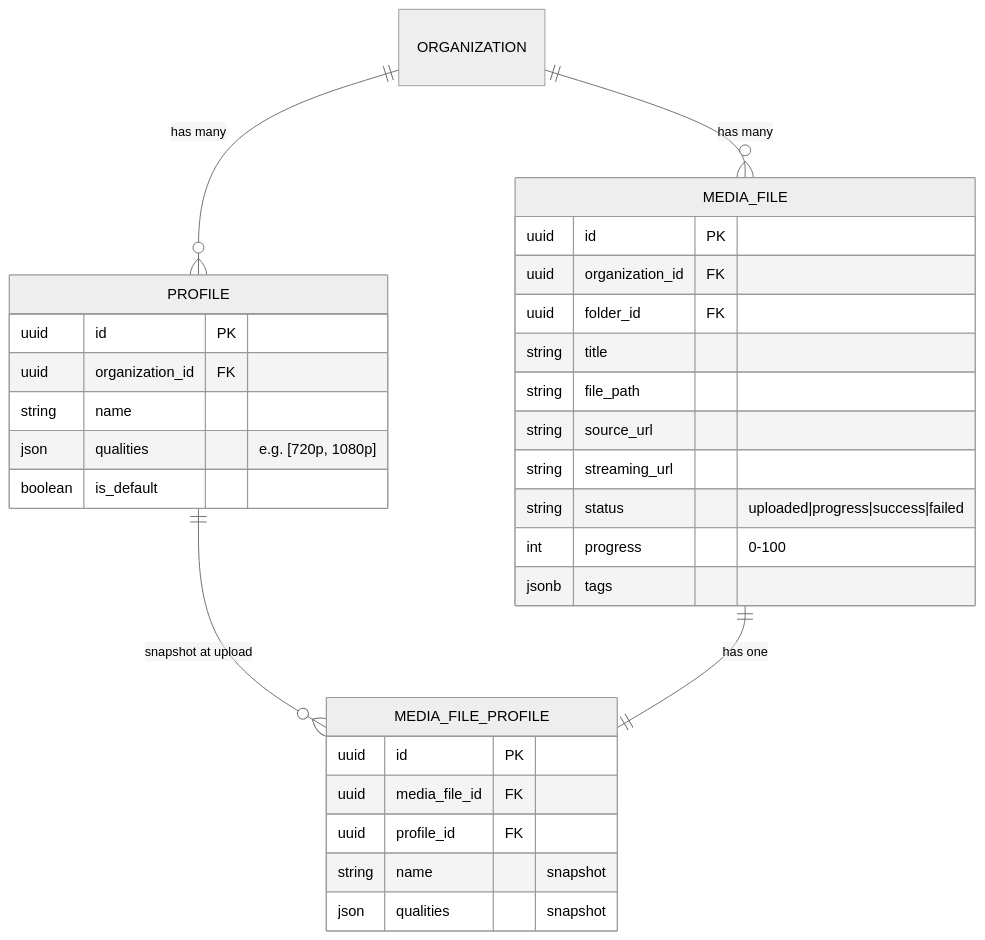
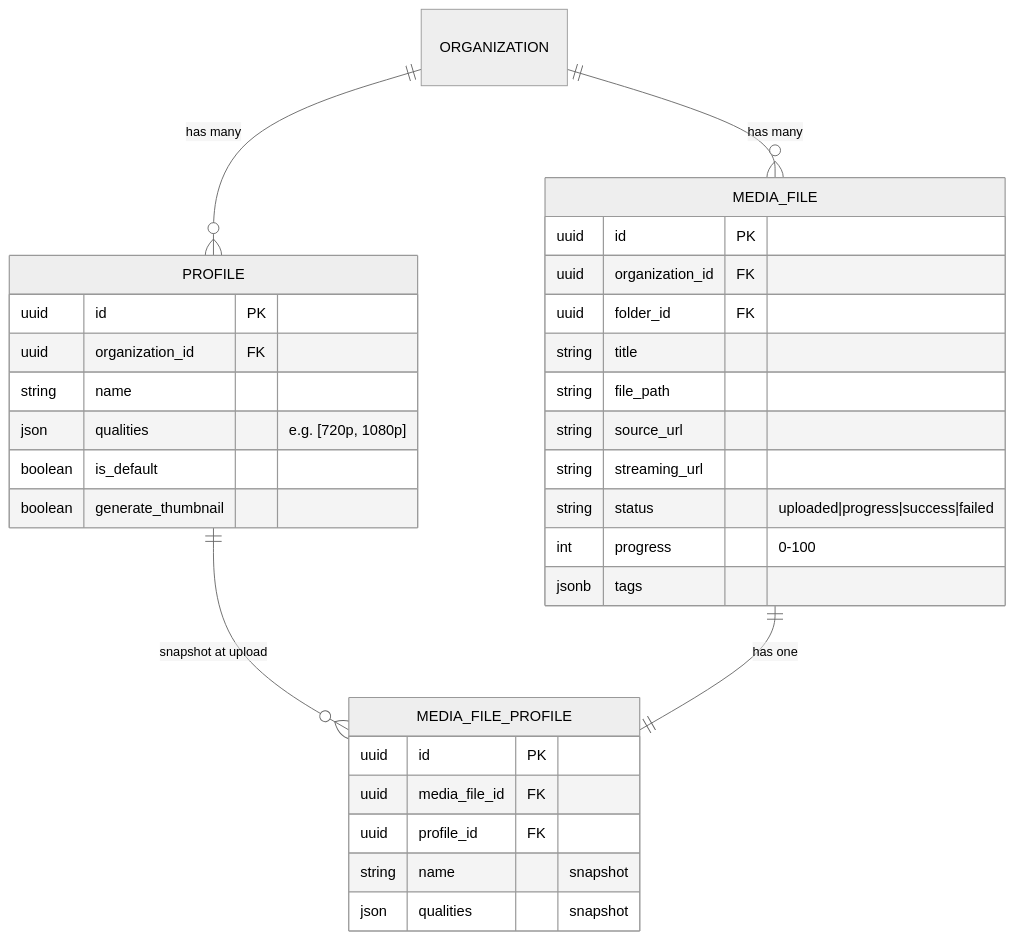
One commit to saturngod/oxygen changed the sixth of 7 diagrams in README.md. Above: the diagram before and after it, drawn with Mermaid (neutral theme). The commit also changed other lines of this file, not shown here.

````diff
--- a/README.md
+++ b/README.md
@@ -724,36 +782,37 @@
 ```mermaid
 erDiagram
     ORGANIZATION ||--o{ PROFILE : "has many"
     ORGANIZATION ||--o{ MEDIA_FILE : "has many"
     PROFILE ||--o{ MEDIA_FILE_PROFILE : "snapshot at upload"
     MEDIA_FILE ||--|| MEDIA_FILE_PROFILE : "has one"
 
     PROFILE {
         uuid id PK
         uuid organization_id FK
         string name
         json qualities "e.g. [720p, 1080p]"
         boolean is_default
+        boolean generate_thumbnail
     }
 
     MEDIA_FILE_PROFILE {
         uuid id PK
         uuid media_file_id FK
         uuid profile_id FK
         string name "snapshot"
         json qualities "snapshot"
     }
 
     MEDIA_FILE {
         uuid id PK
         uuid organization_id FK
         uuid folder_id FK
         string title
         string file_path
         string source_url
         string streaming_url
         string status "uploaded|progress|success|failed"
         int progress "0-100"
         jsonb tags
     }
 ```
````
